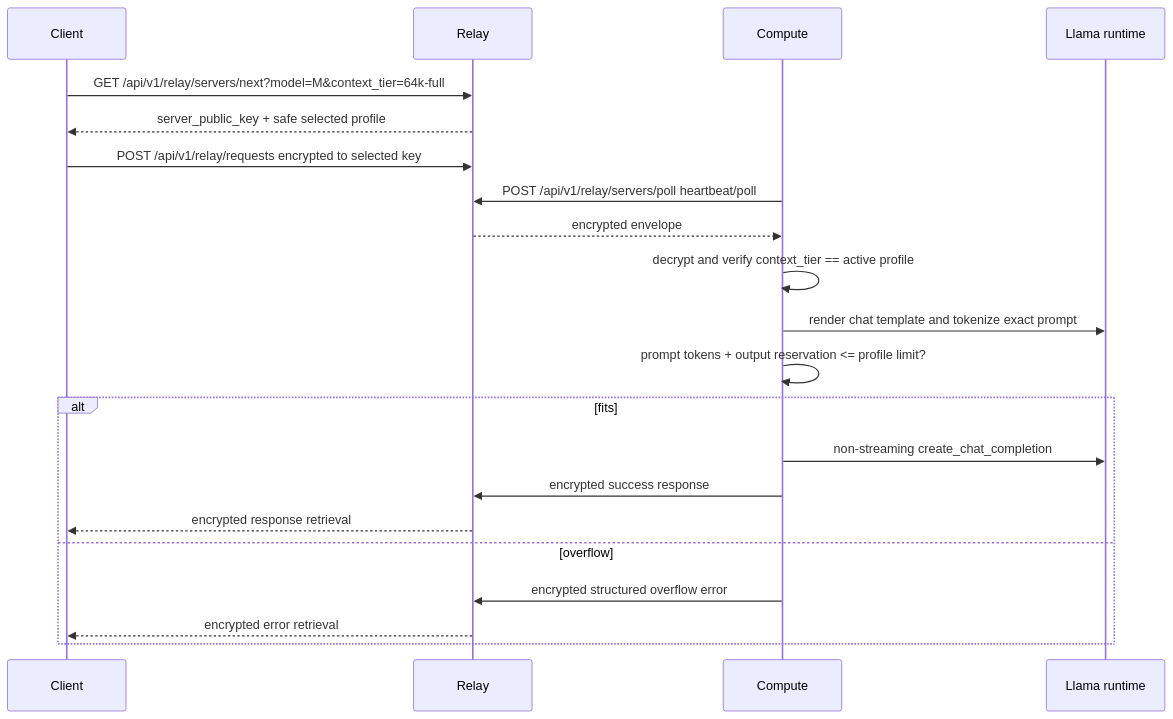
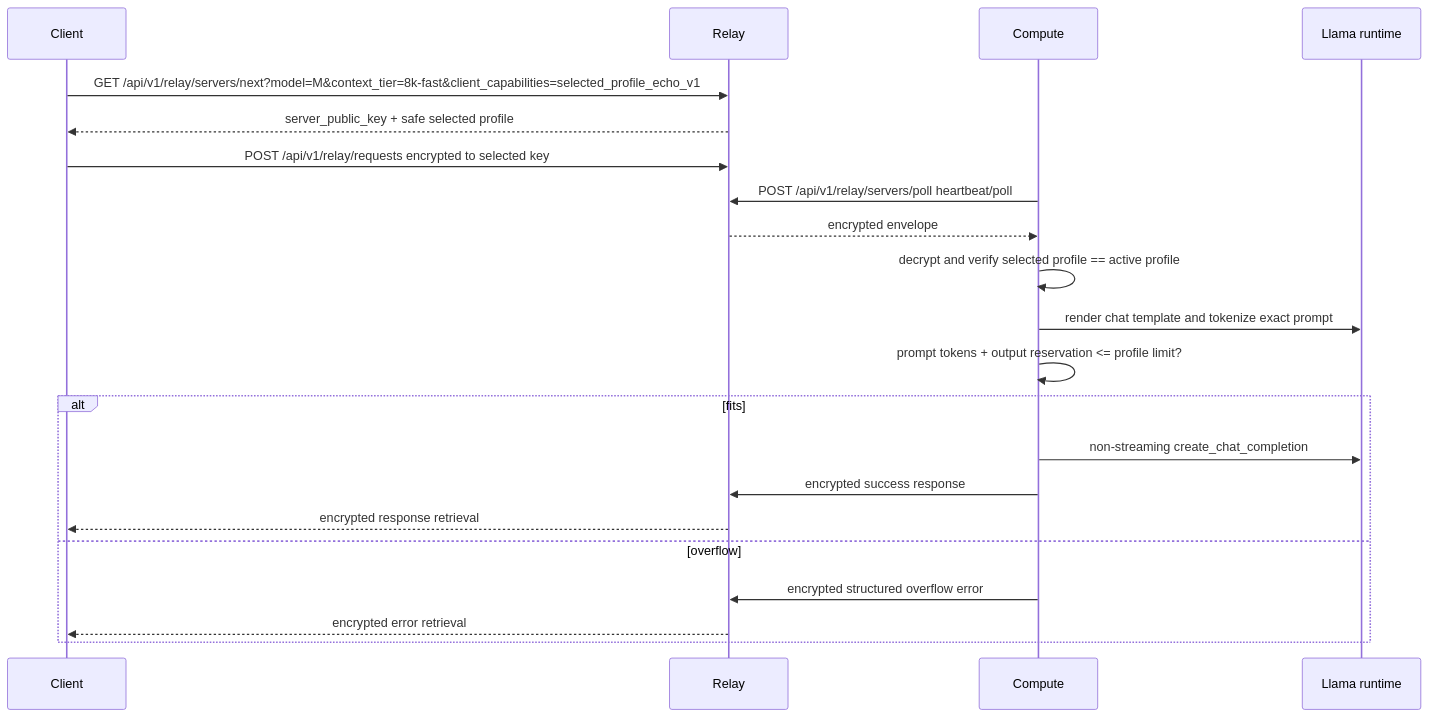
The third of 7 diagrams in docs/design/context-tiered-compute.md (futuroptimist/token.place), drawn with Mermaid before and after one commit. The commit also changed other lines of this file, not shown here.

Commit message:
docs: clarify selected profile echo contract

````diff
--- a/docs/design/context-tiered-compute.md
+++ b/docs/design/context-tiered-compute.md
@@ -431,24 +469,24 @@
 ```mermaid
 sequenceDiagram
   participant Client
   participant Relay
   participant Compute
   participant Runtime as Llama runtime
 
-  Client->>Relay: GET /api/v1/relay/servers/next?model=M&context_tier=64k-full
+  Client->>Relay: GET /api/v1/relay/servers/next?model=M&context_tier=8k-fast&client_capabilities=selected_profile_echo_v1
   Relay-->>Client: server_public_key + safe selected profile
   Client->>Relay: POST /api/v1/relay/requests encrypted to selected key
   Compute->>Relay: POST /api/v1/relay/servers/poll heartbeat/poll
   Relay-->>Compute: encrypted envelope
-  Compute->>Compute: decrypt and verify context_tier == active profile
+  Compute->>Compute: decrypt and verify selected profile == active profile
   Compute->>Runtime: render chat template and tokenize exact prompt
   Compute->>Compute: prompt tokens + output reservation <= profile limit?
   alt fits
     Compute->>Runtime: non-streaming create_chat_completion
     Compute->>Relay: encrypted success response
     Relay-->>Client: encrypted response retrieval
   else overflow
     Compute->>Relay: encrypted structured overflow error
     Relay-->>Client: encrypted error retrieval
   end
 ```
````
